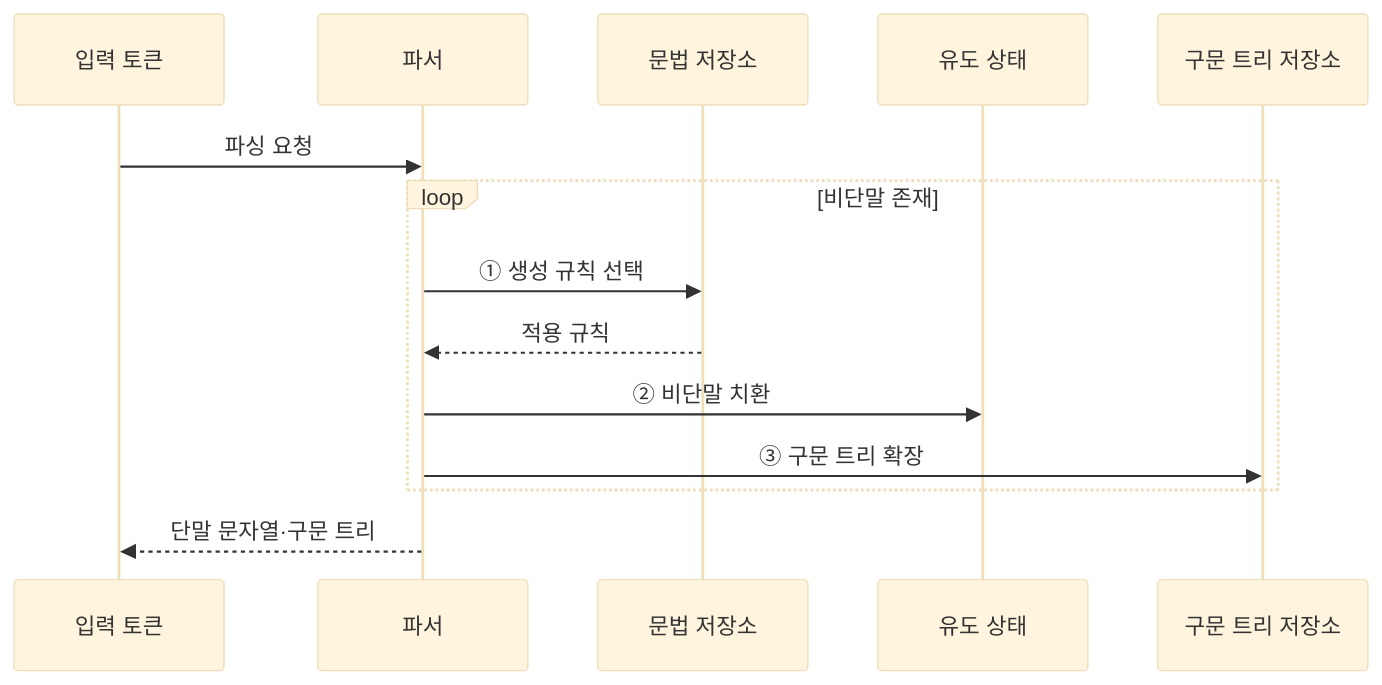
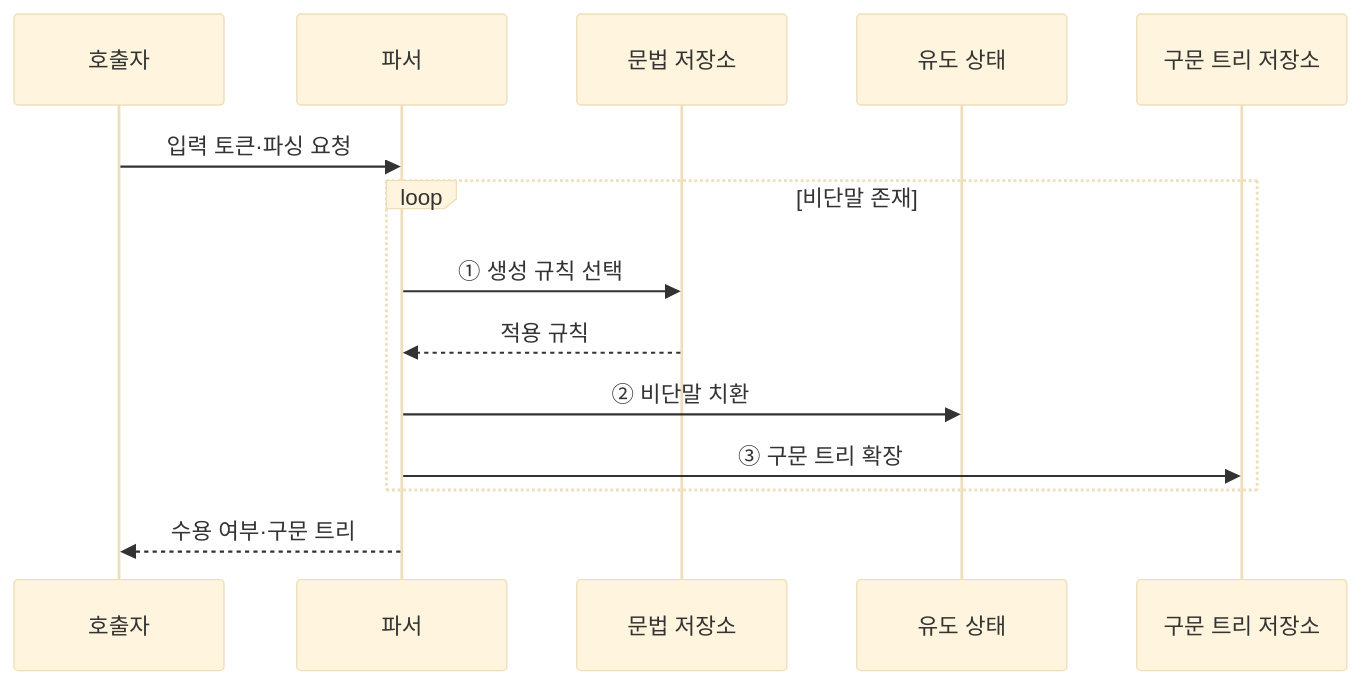
One commit to agnusdei1207/knowledge-base changed the second of 2 diagrams in src/content/docs/notes/01-basic-theory/021_context_free_grammar.md. Above: the diagram before and after it, drawn with Mermaid (base theme). The commit also changed other lines of this file and 10 other files, not shown here.

````diff
--- a/src/content/docs/notes/01-basic-theory/021_context_free_grammar.md
+++ b/src/content/docs/notes/01-basic-theory/021_context_free_grammar.md
@@ -111,16 +81,16 @@
 ```mermaid
 sequenceDiagram
-    participant Q as 입력 토큰
+    participant Q as 호출자
     participant P as 파서
     participant G as 문법 저장소
     participant D as 유도 상태
     participant T as 구문 트리 저장소
-    Q->>P: 파싱 요청
+    Q->>P: 입력 토큰·파싱 요청
     loop 비단말 존재
         P->>G: ① 생성 규칙 선택
         G-->>P: 적용 규칙
         P->>D: ② 비단말 치환
         P->>T: ③ 구문 트리 확장
     end
-    P-->>Q: 단말 문자열·구문 트리
+    P-->>Q: 수용 여부·구문 트리
 ```
````
